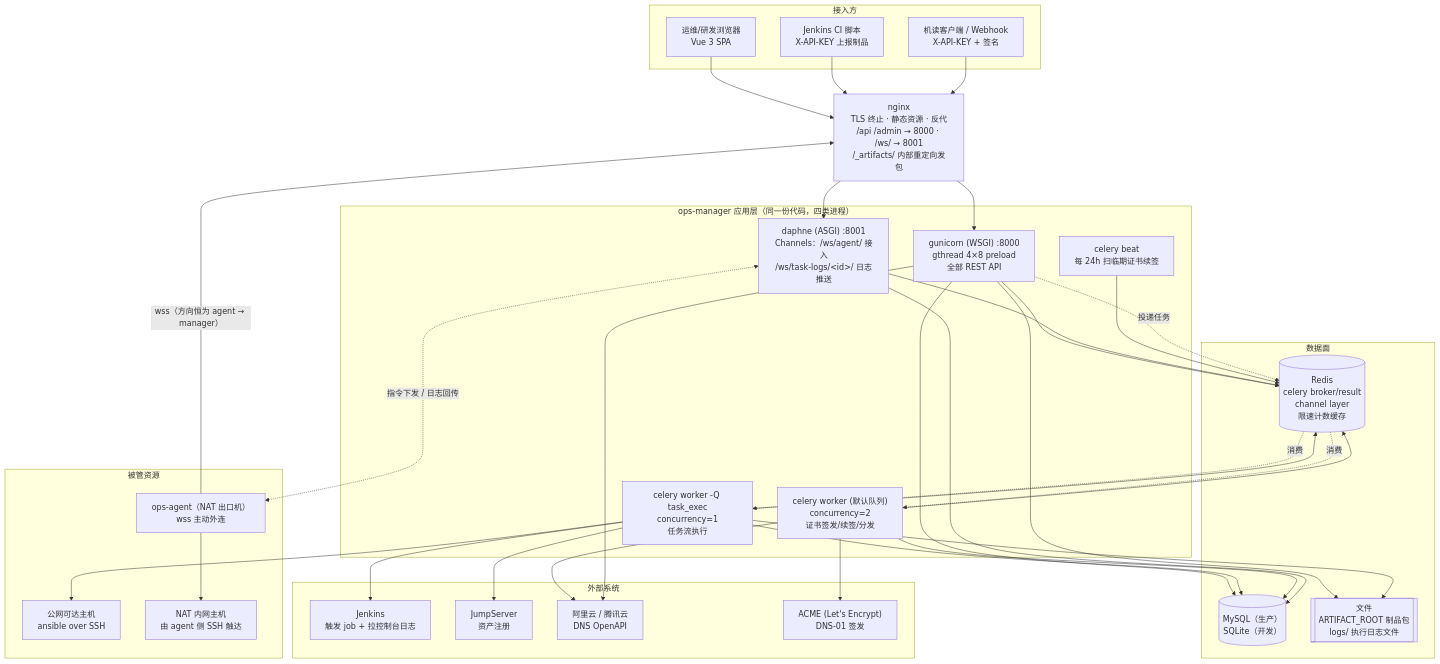
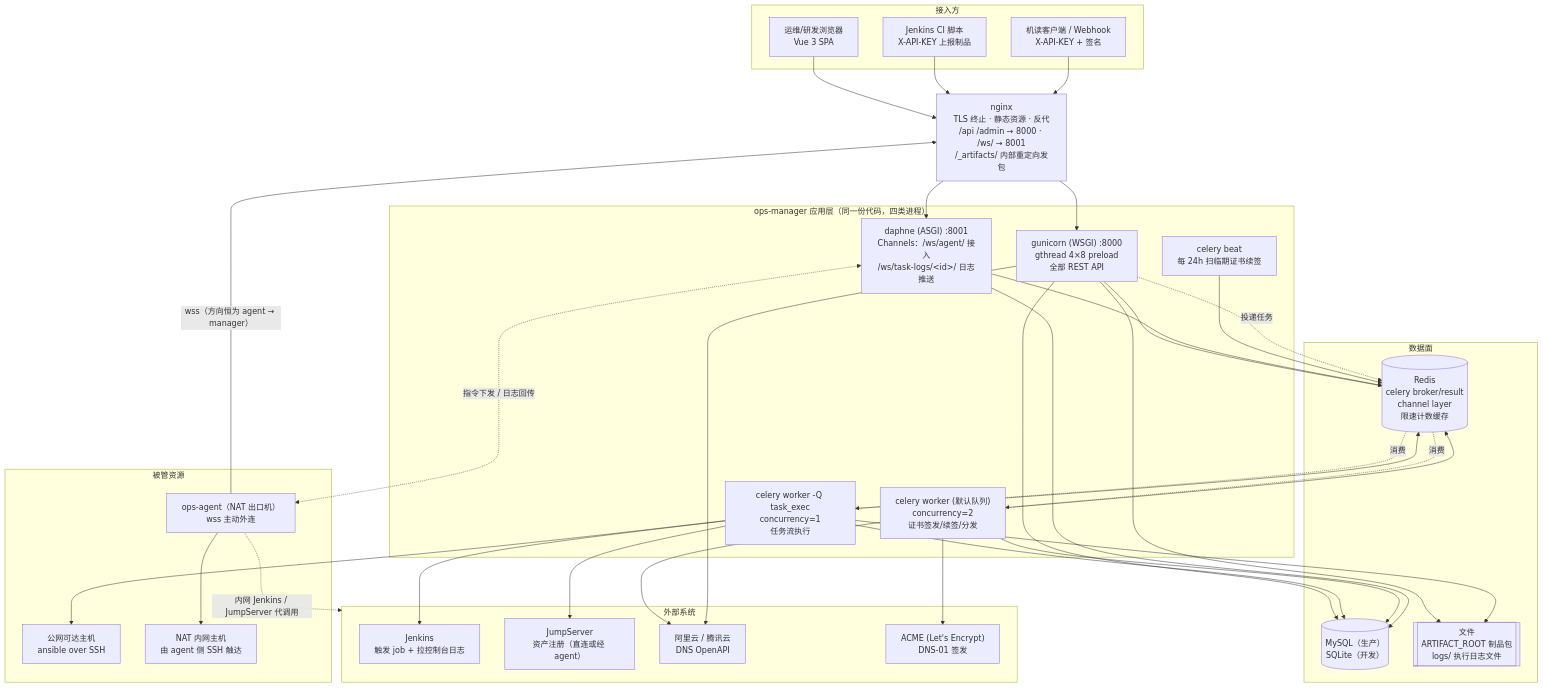
Before and after one commit to ChengJiuSu/opsmgr: the first of 7 diagrams in docs/architecture.md, drawn with Mermaid. The commit also changed 15 other files, not shown here.

````diff
--- a/docs/architecture.md
+++ b/docs/architecture.md
@@ -11,70 +11,71 @@
 ```mermaid
 flowchart TB
     subgraph CLIENT["接入方"]
         BROWSER["运维/研发浏览器<br/>Vue 3 SPA"]
         CI["Jenkins CI 脚本<br/>X-API-KEY 上报制品"]
         MACHINE["机读客户端 / Webhook<br/>X-API-KEY + 签名"]
     end
 
     NGINX["nginx<br/>TLS 终止 · 静态资源 · 反代<br/>/api /admin → 8000 · /ws/ → 8001<br/>/_artifacts/ 内部重定向发包"]
 
     subgraph APP["ops-manager 应用层（同一份代码，四类进程）"]
         WSGI["gunicorn (WSGI) :8000<br/>gthread 4×8 preload<br/>全部 REST API"]
         WS["daphne (ASGI) :8001<br/>Channels：/ws/agent/ 接入<br/>/ws/task-logs/&lt;id&gt;/ 日志推送"]
         CEXEC["celery worker -Q task_exec<br/>concurrency=1<br/>任务流执行"]
         CDEF["celery worker (默认队列)<br/>concurrency=2<br/>证书签发/续签/分发"]
         BEAT["celery beat<br/>每 24h 扫临期证书续签"]
     end
 
     subgraph DATA["数据面"]
         DB[("MySQL（生产）<br/>SQLite（开发）")]
         REDIS[("Redis<br/>celery broker/result<br/>channel layer<br/>限速计数缓存")]
         FS[["文件<br/>ARTIFACT_ROOT 制品包<br/>logs/ 执行日志文件"]]
     end
 
     subgraph EXT["外部系统"]
         JENKINS["Jenkins<br/>触发 job + 拉控制台日志"]
-        JMS["JumpServer<br/>资产注册"]
+        JMS["JumpServer<br/>资产注册（直连或经 agent）"]
         DNS["阿里云 / 腾讯云<br/>DNS OpenAPI"]
         ACME["ACME (Let's Encrypt)<br/>DNS-01 签发"]
     end
 
     subgraph TARGET["被管资源"]
         DIRECT["公网可达主机<br/>ansible over SSH"]
         AGENT["ops-agent（NAT 出口机）<br/>wss 主动外连"]
         INNER["NAT 内网主机<br/>由 agent 侧 SSH 触达"]
     end
 
     BROWSER --> NGINX
     CI --> NGINX
     MACHINE --> NGINX
     NGINX --> WSGI
     NGINX --> WS
 
     WSGI --> DB
     WSGI --> REDIS
     WSGI --> FS
     CEXEC --> DB
     CEXEC --> REDIS
     CEXEC --> FS
     CDEF --> DB
     CDEF --> REDIS
     WS --> DB
     WS --> REDIS
     BEAT --> REDIS
 
     WSGI -. "投递任务" .-> REDIS
     REDIS -. "消费" .-> CEXEC
     REDIS -. "消费" .-> CDEF
 
     CEXEC --> DIRECT
     CEXEC --> JENKINS
     CEXEC --> JMS
     CDEF --> DNS
     CDEF --> ACME
     WSGI --> DNS
 
     AGENT -- "wss（方向恒为 agent → manager）" --> NGINX
     WS <-. "指令下发 / 日志回传" .-> AGENT
     AGENT --> INNER
+    AGENT -. "内网 Jenkins / JumpServer 代调用" .-> EXT
 ```
````
